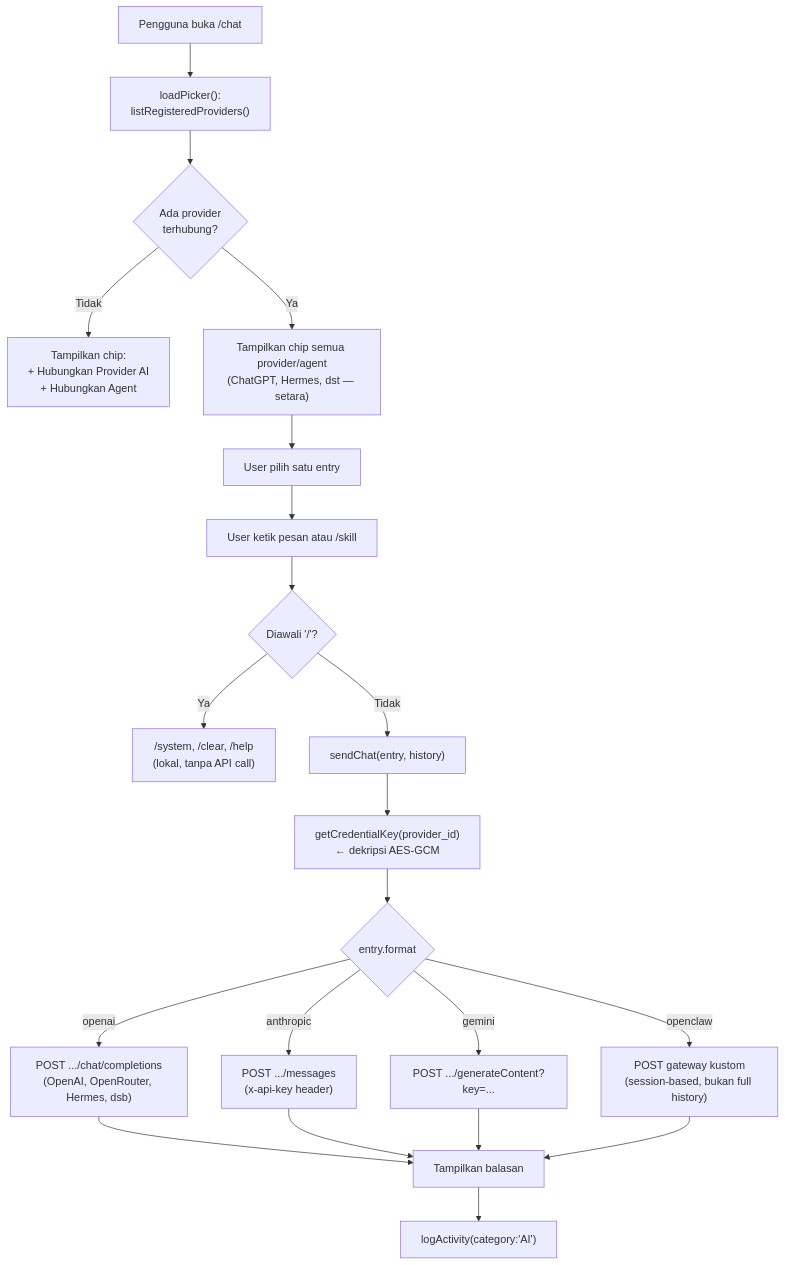
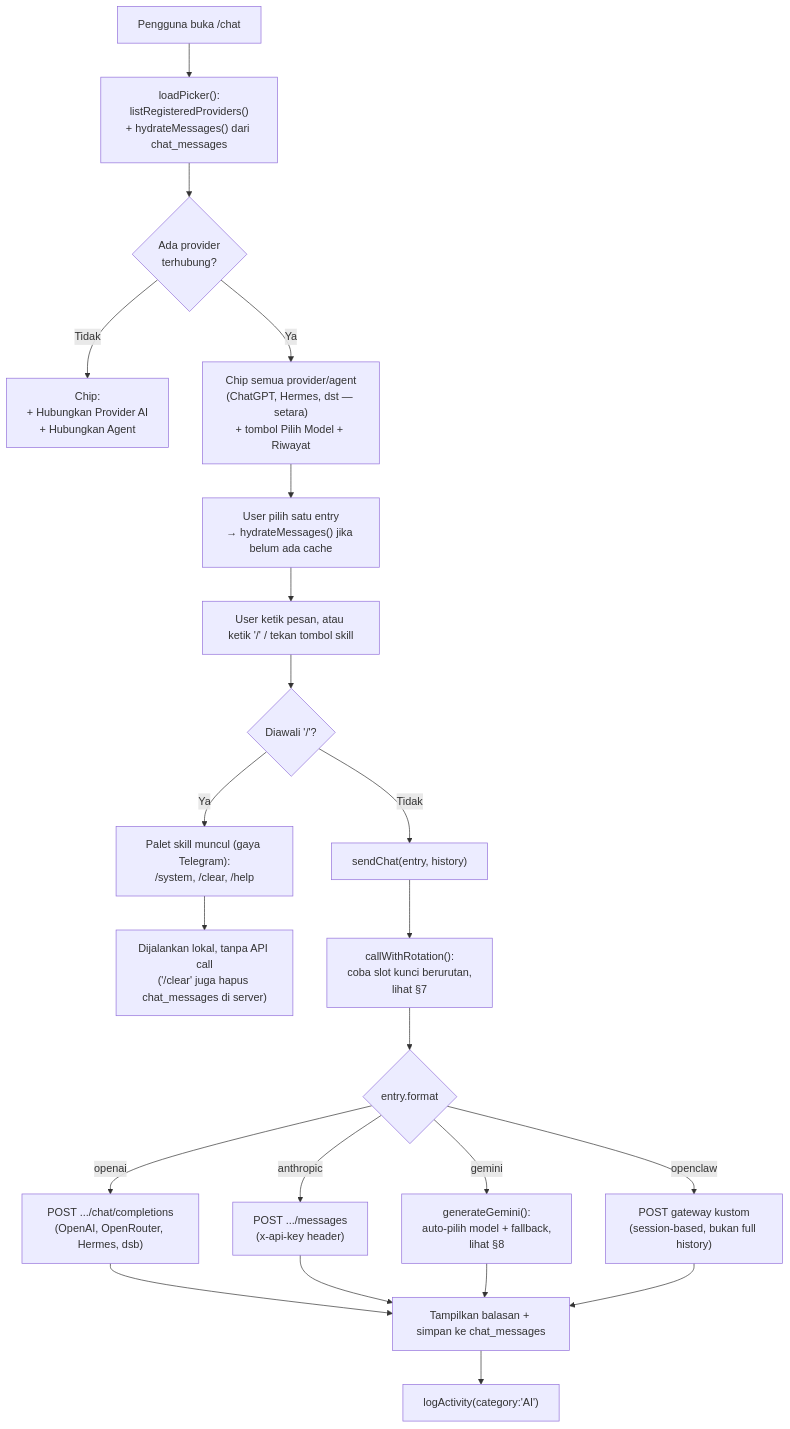
Before and after one commit to Khoirul-Yardan/PROJECT-MOBILE-APP: the fifth of 15 diagrams in docs/diagram-alur.md, drawn with Mermaid. The commit also changed other lines of this file and 42 other files, not shown here.

````diff
--- a/docs/diagram-alur.md
+++ b/docs/diagram-alur.md
@@ -274,23 +289,24 @@
 ```mermaid
 flowchart TD
-    Start["Pengguna buka /chat"] --> LoadPicker["loadPicker():\nlistRegisteredProviders()"]
+    Start["Pengguna buka /chat"] --> LoadPicker["loadPicker():\nlistRegisteredProviders()\n+ hydrateMessages() dari chat_messages"]
     LoadPicker --> HasProvider{Ada provider\nterhubung?}
-    HasProvider -->|Tidak| EmptyState["Tampilkan chip:\n+ Hubungkan Provider AI\n+ Hubungkan Agent"]
-    HasProvider -->|Ya| ShowChips["Tampilkan chip semua provider/agent\n(ChatGPT, Hermes, dst — setara)"]
-    ShowChips --> SelectEntry["User pilih satu entry"]
-    SelectEntry --> TypeMsg["User ketik pesan atau /skill"]
+    HasProvider -->|Tidak| EmptyState["Chip:\n+ Hubungkan Provider AI\n+ Hubungkan Agent"]
+    HasProvider -->|Ya| ShowChips["Chip semua provider/agent\n(ChatGPT, Hermes, dst — setara)\n+ tombol Pilih Model + Riwayat"]
+    ShowChips --> SelectEntry["User pilih satu entry\n→ hydrateMessages() jika belum ada cache"]
+    SelectEntry --> TypeMsg["User ketik pesan, atau ketik '/' / tekan tombol skill"]
     TypeMsg --> IsSkill{Diawali '/'?}
-    IsSkill -->|Ya| RunSkill["/system, /clear, /help\n(lokal, tanpa API call)"]
+    IsSkill -->|Ya| SkillMenu["Palet skill muncul (gaya Telegram):\n/system, /clear, /help"]
+    SkillMenu --> RunSkill["Dijalankan lokal, tanpa API call\n('/clear' juga hapus chat_messages di server)"]
     IsSkill -->|Tidak| SendChat["sendChat(entry, history)"]
-    SendChat --> GetKey["getCredentialKey(provider_id)\n← dekripsi AES-GCM"]
-    GetKey --> Format{entry.format}
+    SendChat --> Rotation["callWithRotation():\ncoba slot kunci berurutan,\nlihat §7"]
+    Rotation --> Format{entry.format}
     Format -->|openai| CallOpenAI["POST .../chat/completions\n(OpenAI, OpenRouter, Hermes, dsb)"]
     Format -->|anthropic| CallClaude["POST .../messages\n(x-api-key header)"]
-    Format -->|gemini| CallGemini["POST .../generateContent?key=...\n"]
+    Format -->|gemini| CallGemini["generateGemini():\nauto-pilih model + fallback,\nlihat §8"]
     Format -->|openclaw| CallOpenClaw["POST gateway kustom\n(session-based, bukan full history)"]
-    CallOpenAI --> ShowReply["Tampilkan balasan"]
+    CallOpenAI --> ShowReply["Tampilkan balasan + simpan ke chat_messages"]
     CallClaude --> ShowReply
     CallGemini --> ShowReply
     CallOpenClaw --> ShowReply
     ShowReply --> LogActivity["logActivity(category:'AI')"]
 ```
````
